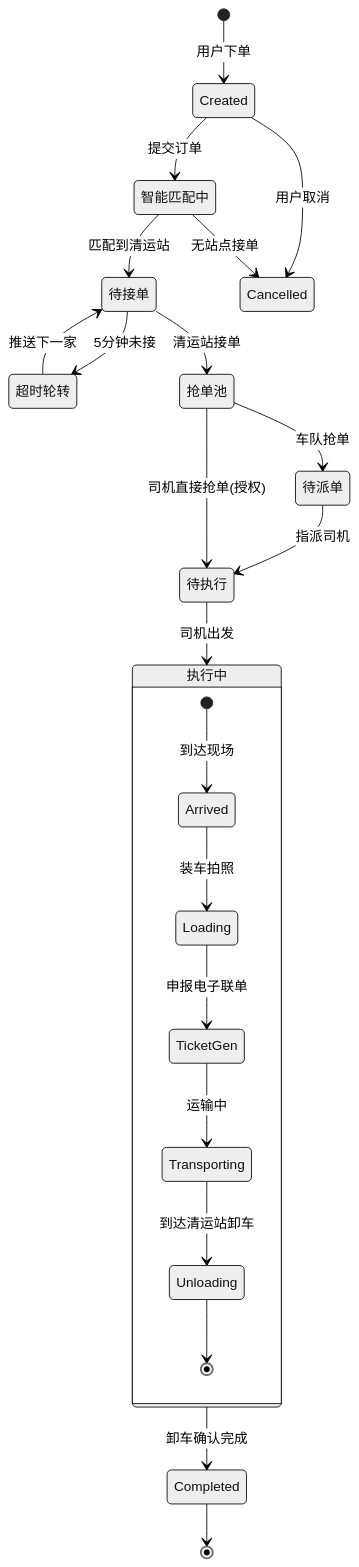
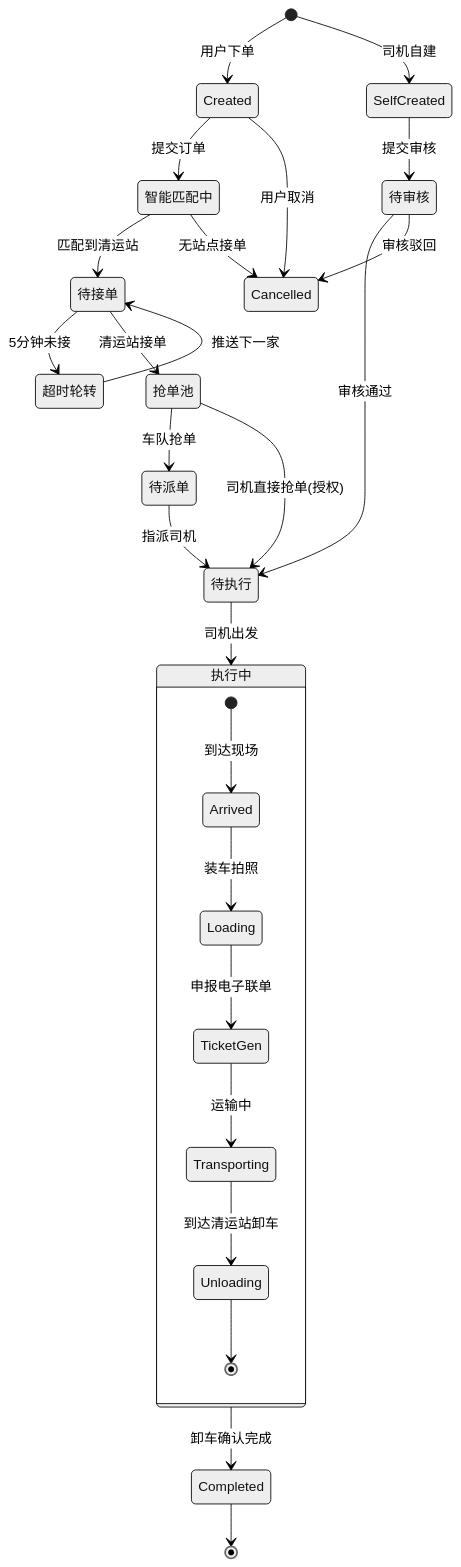
Before and after one commit to wangfeiqi22/renewable: the diagram in OrderStateDiagram.mmd, drawn with Mermaid (neutral theme). The commit also changed 4 other files, not shown here.

Commit message:
Update ER and State diagrams for individual driver and self-created orders

```diff
--- a/OrderStateDiagram.mmd
+++ b/OrderStateDiagram.mmd
@@ -1,39 +1,45 @@
 stateDiagram-v2
     [*] --> Created : 用户下单
+    [*] --> SelfCreated : 司机自建
     
     state "智能匹配中" as Matching
     Created --> Matching : 提交订单
+    
+    state "待审核" as Auditing
+    SelfCreated --> Auditing : 提交审核
+    Auditing --> AssignedDriver : 审核通过
+    Auditing --> Cancelled : 审核驳回
     
     state "待接单" as PendingStation
     Matching --> PendingStation : 匹配到清运站
     
     state "超时轮转" as Timeout
     PendingStation --> Timeout : 5分钟未接
     Timeout --> PendingStation : 推送下一家
     
     state "抢单池" as Pool
     PendingStation --> Pool : 清运站接单
     
     state "待派单" as AssignedFleet
     Pool --> AssignedFleet : 车队抢单
     
     state "待执行" as AssignedDriver
     AssignedFleet --> AssignedDriver : 指派司机
     Pool --> AssignedDriver : 司机直接抢单(授权)
     
     state "执行中" as InProgress {
         [*] --> Arrived : 到达现场
         Arrived --> Loading : 装车拍照
         Loading --> TicketGen : 申报电子联单
         TicketGen --> Transporting : 运输中
         Transporting --> Unloading : 到达清运站卸车
         Unloading --> [*]
     }
     
     AssignedDriver --> InProgress : 司机出发
     
     InProgress --> Completed : 卸车确认完成
     Completed --> [*]
     
     Created --> Cancelled : 用户取消
     Matching --> Cancelled : 无站点接单
```
